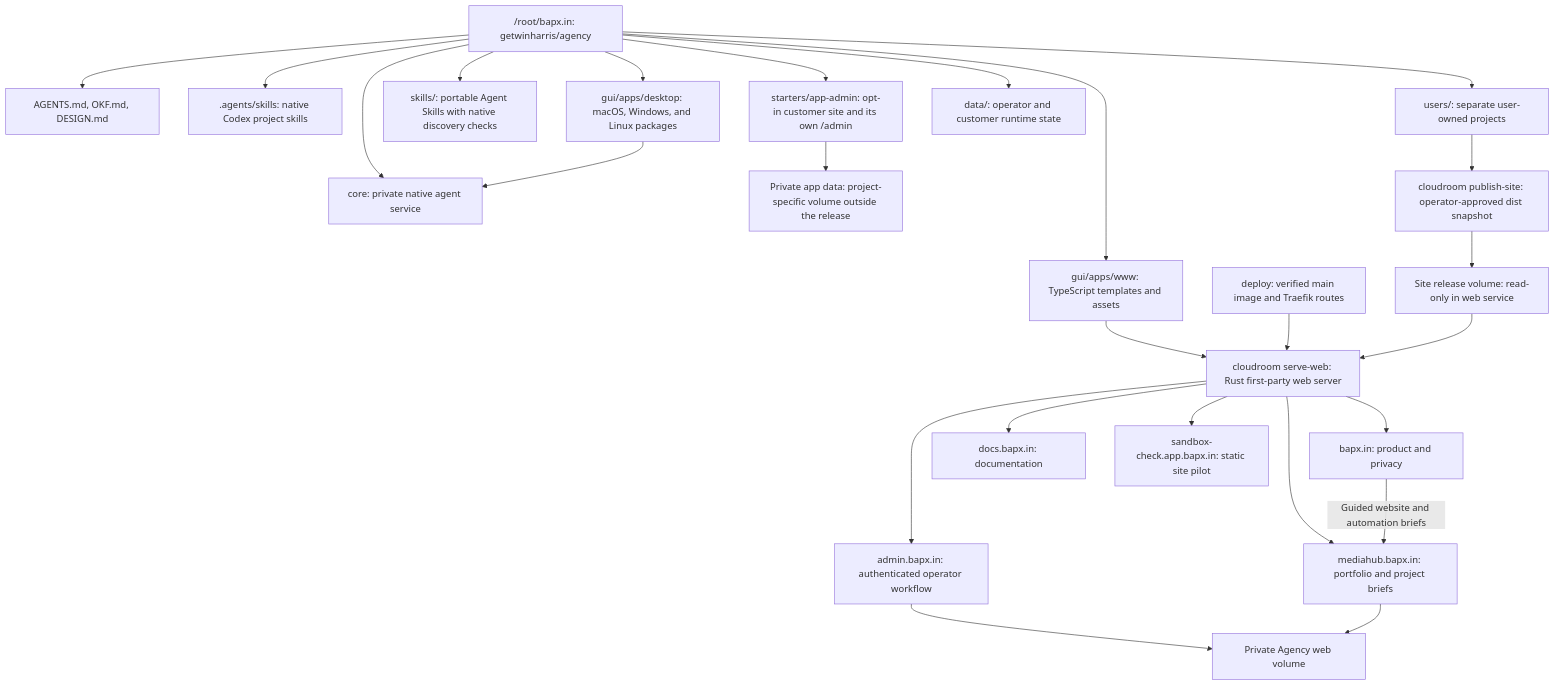
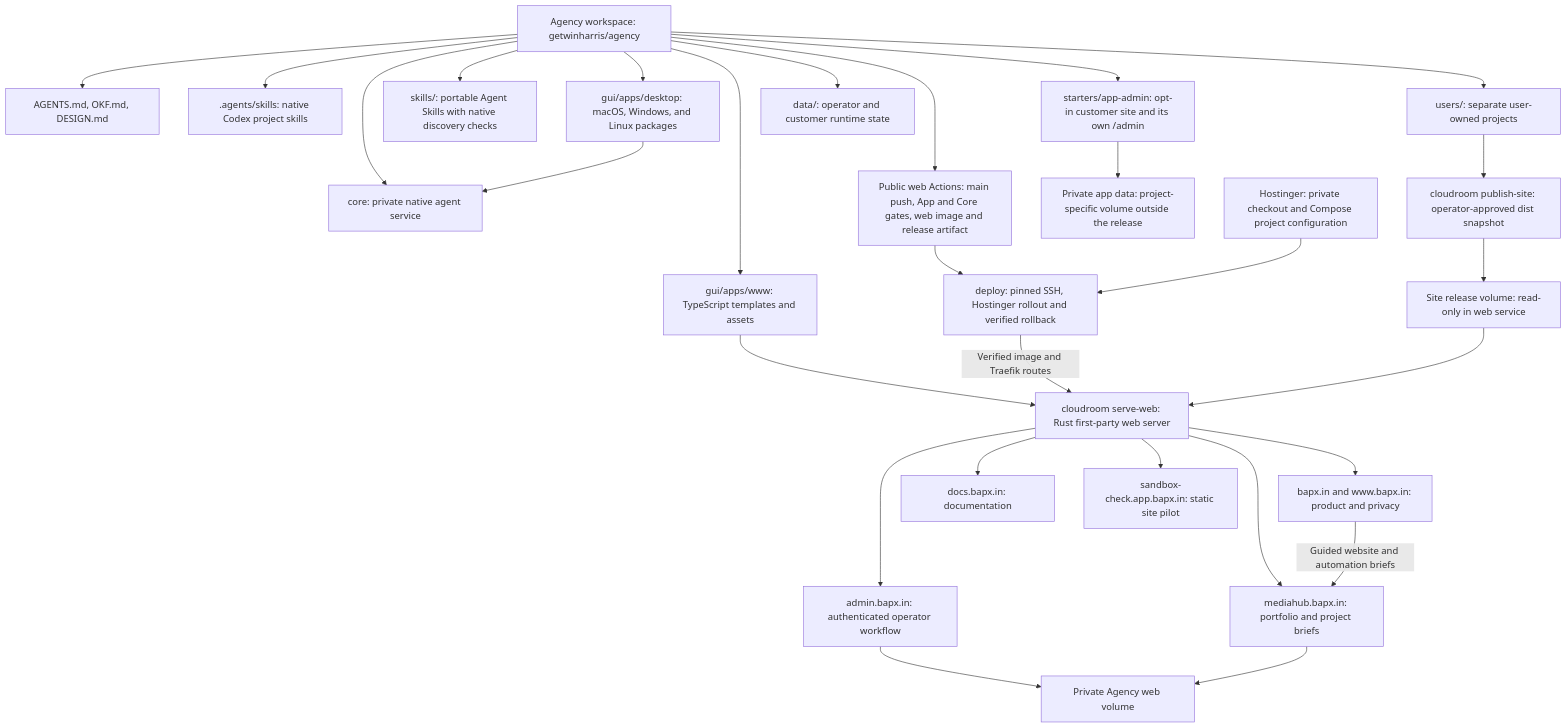
One commit to getwinharris/agency changed the diagram in map.mmd. Above: the diagram before and after it, drawn with Mermaid. The commit also changed 11 other files, not shown here.

Commit message:
Deploy verified public web releases directly from GitHub Actions

```diff
--- a/map.mmd
+++ b/map.mmd
@@ -1,37 +1,42 @@
 flowchart TD
-  root["/root/bapx.in: getwinharris/agency"]
+  root["Agency workspace: getwinharris/agency"]
   contracts["AGENTS.md, OKF.md, DESIGN.md"]
   codex[".agents/skills: native Codex project skills"]
   web["gui/apps/www: TypeScript templates and assets"]
   desktop["gui/apps/desktop: macOS, Windows, and Linux packages"]
   sharedSkills["skills/: portable Agent Skills with native discovery checks"]
   core["core: private native agent service"]
   webMode["cloudroom serve-web: Rust first-party web server"]
-  deploy["deploy: verified main image and Traefik routes"]
+  workflow["Public web Actions: main push, App and Core gates, web image and release artifact"]
+  deploy["deploy: pinned SSH, Hostinger rollout and verified rollback"]
+  vpsConfig["Hostinger: private checkout and Compose project configuration"]
 
   root --> contracts
   root --> codex
   root --> web
   root --> appStarter["starters/app-admin: opt-in customer site and its own /admin"]
   appStarter --> appData["Private app data: project-specific volume outside the release"]
   root --> desktop
   root --> sharedSkills
   root --> core
   web --> webMode
-  deploy --> webMode
+  root --> workflow
+  workflow --> deploy
+  vpsConfig --> deploy
+  deploy -->|"Verified image and Traefik routes"| webMode
 
-  webMode --> landing["bapx.in: product and privacy"]
+  webMode --> landing["bapx.in and www.bapx.in: product and privacy"]
   webMode --> docs["docs.bapx.in: documentation"]
   webMode --> mediahub["mediahub.bapx.in: portfolio and project briefs"]
   webMode --> admin["admin.bapx.in: authenticated operator workflow"]
   landing -->|"Guided website and automation briefs"| mediahub
   admin --> privateData["Private Agency web volume"]
   mediahub --> privateData
 
   desktop --> core
   root --> users["users/: separate user-owned projects"]
   users --> publish["cloudroom publish-site: operator-approved dist snapshot"]
   publish --> siteReleases["Site release volume: read-only in web service"]
   siteReleases --> webMode
   webMode --> sandboxPilot["sandbox-check.app.bapx.in: static site pilot"]
   root --> runtimeData["data/: operator and customer runtime state"]
```
